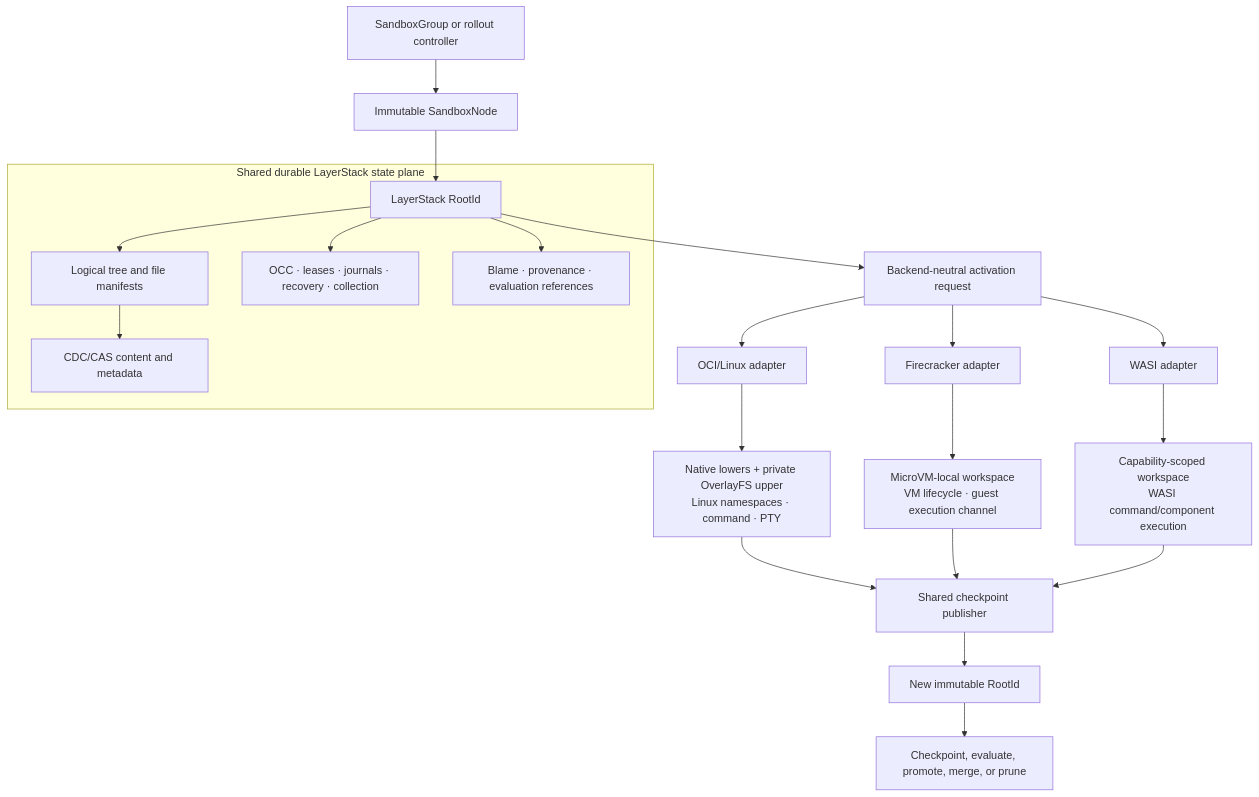
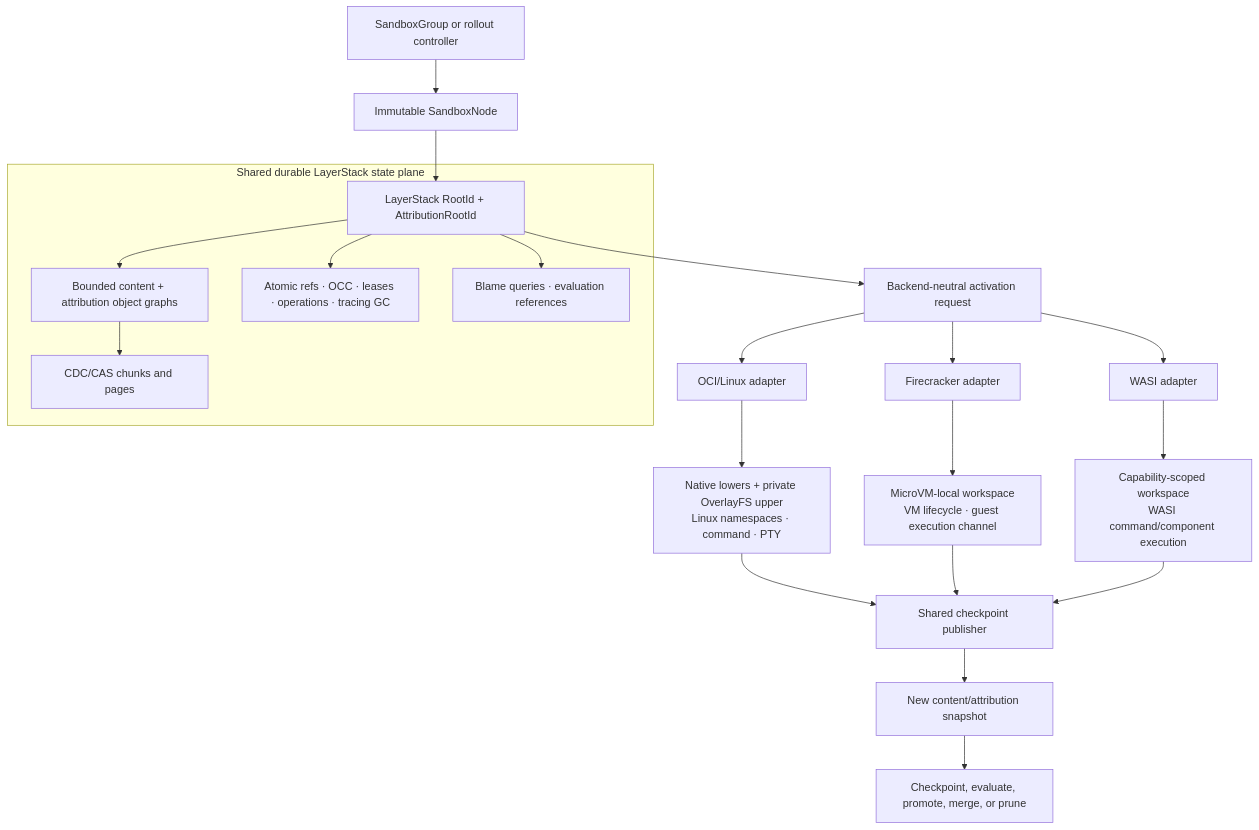
Before and after one commit to Ephemeral-AI-Lab/ephemeral-sandbox-docs: the first of 3 diagrams in implementation-plan/2.0 migration/phase 3/index.md, drawn with Mermaid. The commit also changed other lines of this file and 17 other files, not shown here.

````diff
--- a/implementation-plan/2.0 migration/phase 3/index.md
+++ b/implementation-plan/2.0 migration/phase 3/index.md
@@ -33,27 +33,27 @@
 ```mermaid
 flowchart TB
     C["SandboxGroup or rollout controller"] --> N["Immutable SandboxNode"]
-    N --> R["LayerStack RootId"]
+    N --> R["LayerStack RootId + AttributionRootId"]
 
     subgraph STATE["Shared durable LayerStack state plane"]
-        R --> M["Logical tree and file manifests"]
-        M --> CAS["CDC/CAS content and metadata"]
-        R --> TX["OCC · leases · journals · recovery · collection"]
-        R --> B["Blame · provenance · evaluation references"]
+        R --> M["Bounded content + attribution object graphs"]
+        M --> CAS["CDC/CAS chunks and pages"]
+        R --> TX["Atomic refs · OCC · leases · operations · tracing GC"]
+        R --> B["Blame queries · evaluation references"]
     end
 
     R --> A["Backend-neutral activation request"]
     A --> O["OCI/Linux adapter"]
     A --> F["Firecracker adapter"]
     A --> W["WASI adapter"]
 
     O --> OE["Native lowers + private OverlayFS upper<br/>Linux namespaces · command · PTY"]
     F --> FE["MicroVM-local workspace<br/>VM lifecycle · guest execution channel"]
     W --> WE["Capability-scoped workspace<br/>WASI command/component execution"]
 
     OE --> P["Shared checkpoint publisher"]
     FE --> P
     WE --> P
-    P --> R2["New immutable RootId"]
+    P --> R2["New content/attribution snapshot"]
     R2 --> N2["Checkpoint, evaluate, promote, merge, or prune"]
 ```
````
